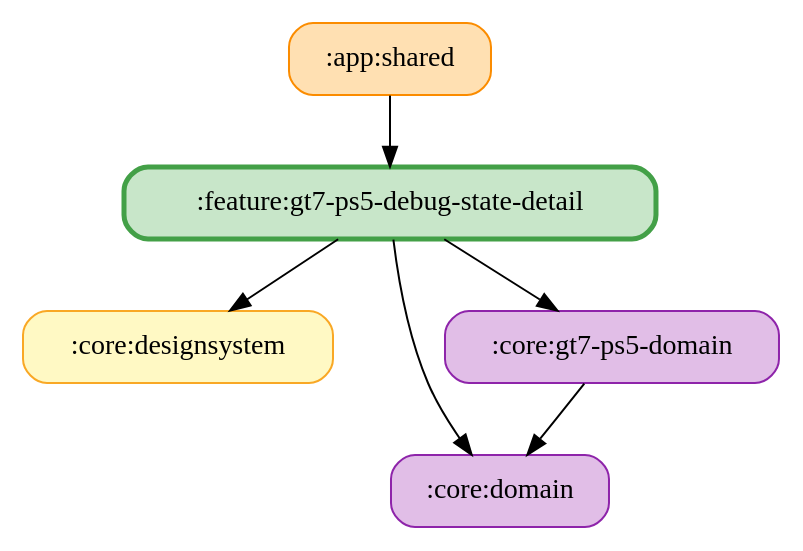
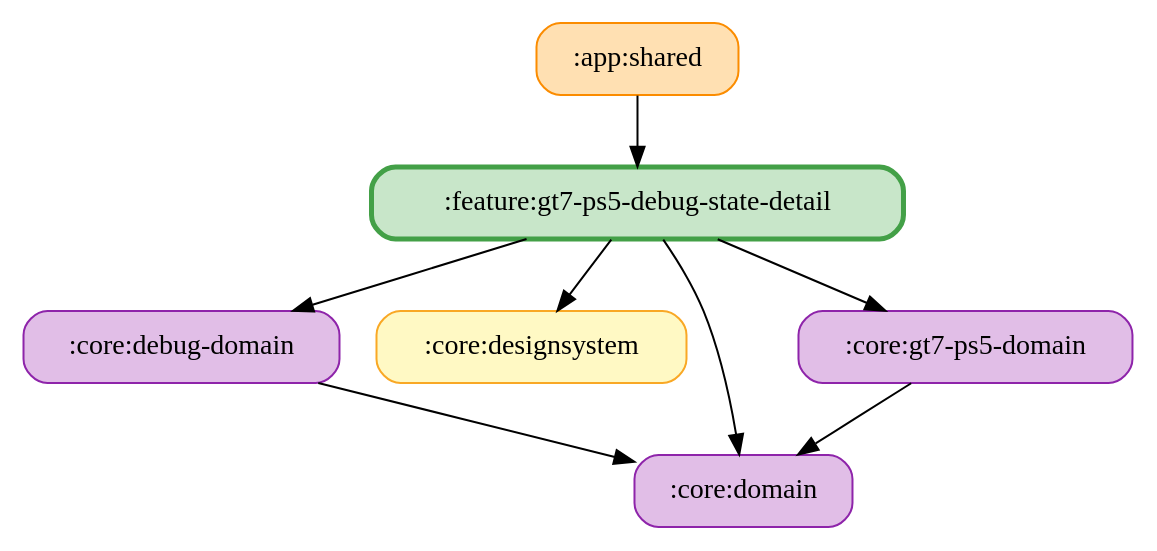
One commit to ai-kurou/KoDriver changed the diagram in docs/graphs/feature-gt7-ps5-debug-state-detail.gv. Above: the diagram before and after it, drawn with Graphviz. The commit also changed 31 other files, not shown here.

Commit message:
chore: update module graph images

```diff
--- a/docs/graphs/feature-gt7-ps5-debug-state-detail.gv
+++ b/docs/graphs/feature-gt7-ps5-debug-state-detail.gv
@@ -1,14 +1,17 @@
 digraph G {
   rankdir=TB
   node [shape=box, style="rounded,filled"]
   ":app:shared" [fillcolor="#FFE0B2", color="#FB8C00", penwidth=1]
+  ":core:debug-domain" [fillcolor="#E1BEE7", color="#8E24AA", penwidth=1]
   ":core:designsystem" [fillcolor="#FFF9C4", color="#F9A825", penwidth=1]
   ":core:domain" [fillcolor="#E1BEE7", color="#8E24AA", penwidth=1]
   ":core:gt7-ps5-domain" [fillcolor="#E1BEE7", color="#8E24AA", penwidth=1]
   ":feature:gt7-ps5-debug-state-detail" [fillcolor="#C8E6C9", color="#43A047", penwidth=2.5]
   ":app:shared" -> ":feature:gt7-ps5-debug-state-detail"
+  ":core:debug-domain" -> ":core:domain"
   ":core:gt7-ps5-domain" -> ":core:domain"
   ":feature:gt7-ps5-debug-state-detail" -> ":core:domain"
   ":feature:gt7-ps5-debug-state-detail" -> ":core:gt7-ps5-domain"
   ":feature:gt7-ps5-debug-state-detail" -> ":core:designsystem"
+  ":feature:gt7-ps5-debug-state-detail" -> ":core:debug-domain"
 }
```
